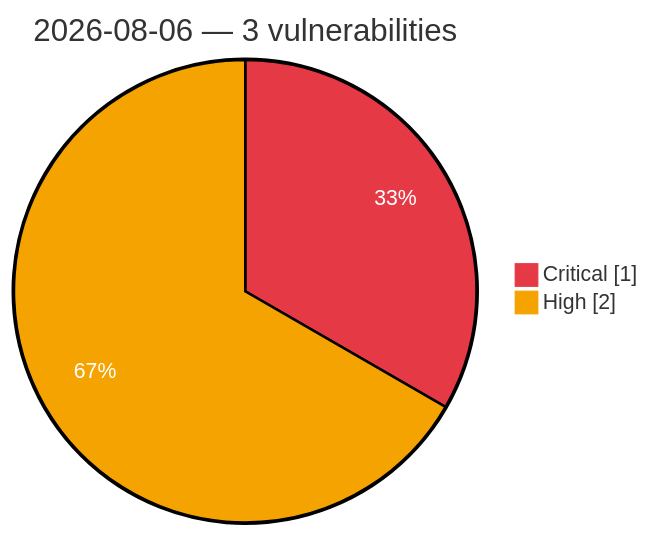
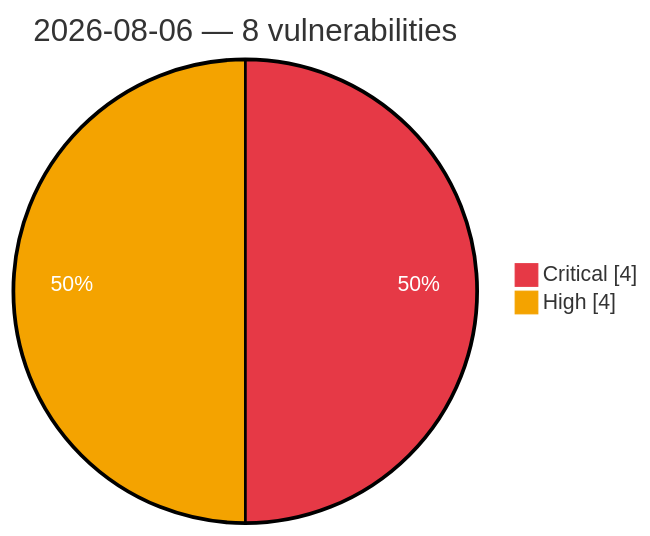
The diagram in vulnerabilities/2026-08-06.md (GhostX0X/vuln-tracker), drawn with Mermaid before and after one commit. The commit also changed other lines of this file and 2 other files, not shown here.

Commit message:
Auto update: critical/high vulns (2026-08-06 11:32 UTC)

````diff
--- a/vulnerabilities/2026-08-06.md
+++ b/vulnerabilities/2026-08-06.md
@@ -3,7 +3,7 @@
 ```mermaid
 %%{init: {'theme':'base', 'themeVariables': {'pie1':'#e63946', 'pie2':'#f4a300', 'pieOpacity':'1', 'pieOuterStrokeWidth':'2px', 'pieSectionTextColor':'#ffffff'}}}%%
 pie showData
-    title 2026-08-06 — 3 vulnerabilities
-    "Critical" : 1
-    "High" : 2
+    title 2026-08-06 — 8 vulnerabilities
+    "Critical" : 4
+    "High" : 4
 ```
````
